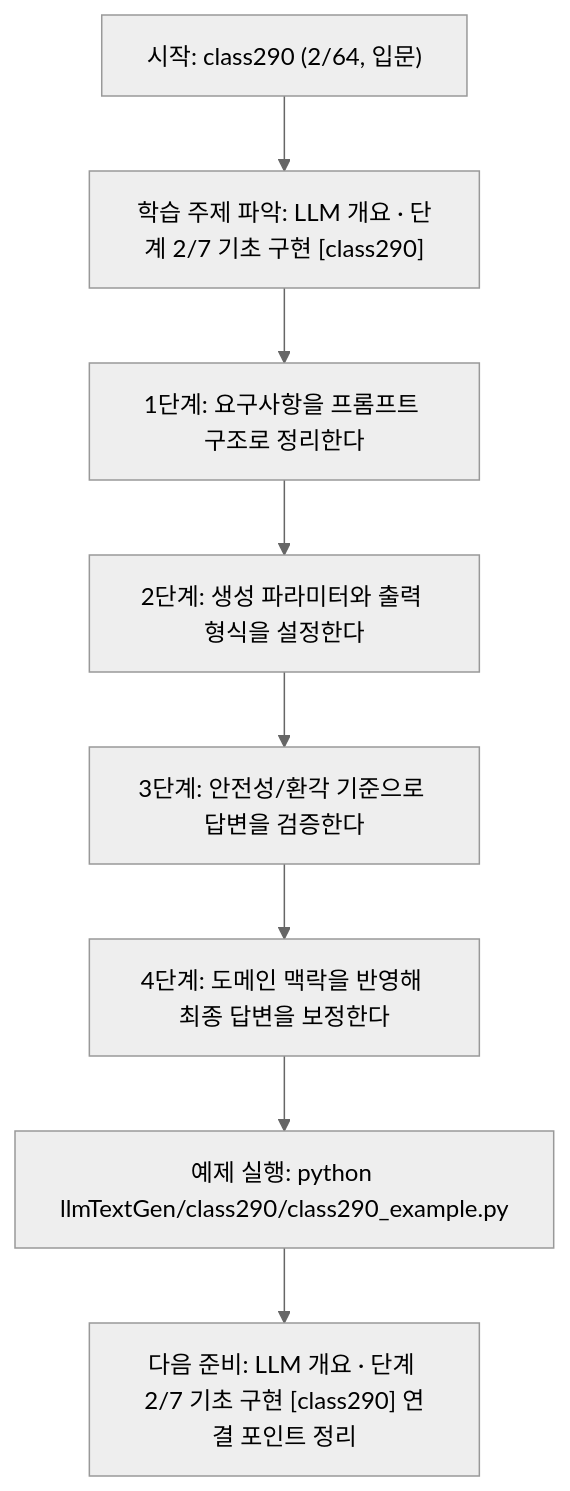
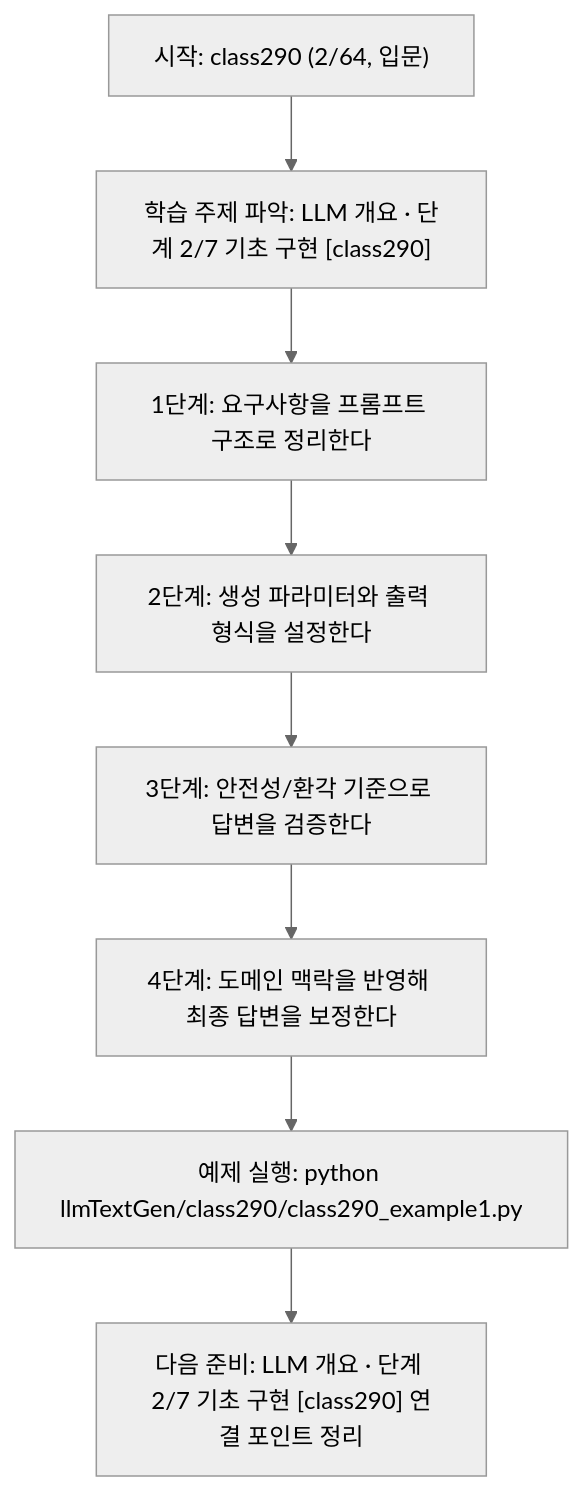
Before and after one commit to edumgt/Python-AI_Agent-Class: the diagram in llmTextGen/class290/class290.md, drawn with Mermaid (neutral theme). The commit also changed other lines of this file and 2959 other files, not shown here.

````diff
--- a/llmTextGen/class290/class290.md
+++ b/llmTextGen/class290/class290.md
@@ -113,18 +113,18 @@
 ```mermaid
 flowchart TD
 N1["시작: class290 (2/64, 입문)"]
 N2["학습 주제 파악: LLM 개요 · 단계 2/7 기초 구현 [class290]"]
 N3["1단계: 요구사항을 프롬프트 구조로 정리한다"]
 N4["2단계: 생성 파라미터와 출력 형식을 설정한다"]
 N5["3단계: 안전성/환각 기준으로 답변을 검증한다"]
 N6["4단계: 도메인 맥락을 반영해 최종 답변을 보정한다"]
-N7["예제 실행: python llmTextGen/class290/class290_example.py"]
+N7["예제 실행: python llmTextGen/class290/class290_example1.py"]
 N8["다음 준비: LLM 개요 · 단계 2/7 기초 구현 [class290] 연결 포인트 정리"]
 N1 --> N2
 N2 --> N3
 N3 --> N4
 N4 --> N5
 N5 --> N6
 N6 --> N7
 N7 --> N8
 ```
````
